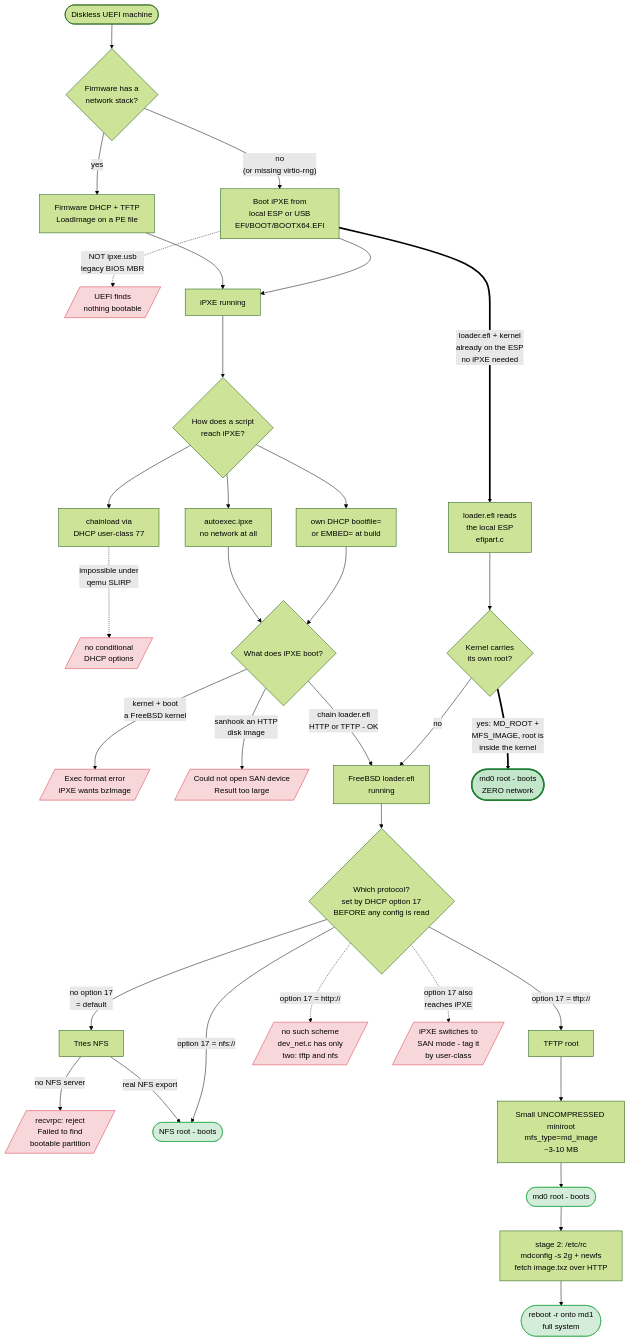
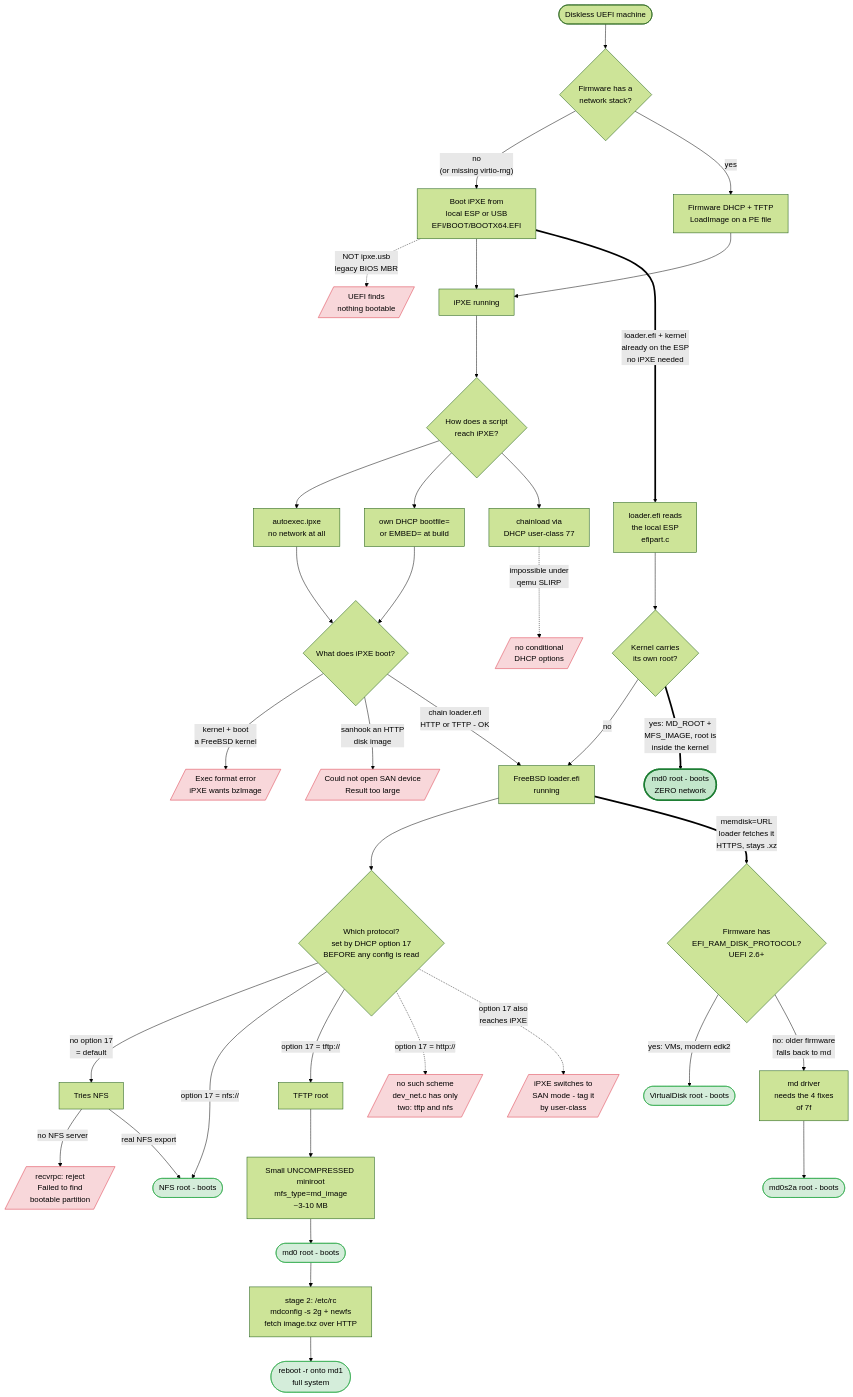
Before and after one commit to ocochard/myscripts: the fourth of 4 diagrams in FreeBSD/iPXE.md, drawn with Mermaid (forest theme). The commit also changed other lines of this file and 33 other files, not shown here.

````diff
--- a/FreeBSD/iPXE.md
+++ b/FreeBSD/iPXE.md
@@ -1910,58 +2402,65 @@
 ```mermaid
 flowchart TD
     START([Diskless UEFI machine]) --> Q1{Firmware has a<br/>network stack?}
 
     Q1 -- "no<br/>(or missing virtio-rng)" --> ESP[Boot iPXE from<br/>local ESP or USB<br/>EFI/BOOT/BOOTX64.EFI]
     Q1 -- yes --> FWNET[Firmware DHCP + TFTP<br/>LoadImage on a PE file]
 
     ESP -.->|"NOT ipxe.usb<br/>legacy BIOS MBR"| X0[/UEFI finds<br/>nothing bootable/]
     FWNET --> IPXE
     ESP --> IPXE[iPXE running]
 
     IPXE --> SCRIPT{How does a script<br/>reach iPXE?}
     SCRIPT --> S1["autoexec.ipxe<br/>no network at all"]
     SCRIPT --> S2["own DHCP bootfile=<br/>or EMBED= at build"]
     SCRIPT --> S3["chainload via<br/>DHCP user-class 77"]
     S3 -.->|"impossible under<br/>qemu SLIRP"| X1[/no conditional<br/>DHCP options/]
 
     S1 --> PAY{What does iPXE boot?}
     S2 --> PAY
 
     PAY -->|"kernel + boot<br/>a FreeBSD kernel"| X2[/Exec format error<br/>iPXE wants bzImage/]
     PAY -->|"sanhook an HTTP<br/>disk image"| X3[/Could not open SAN device<br/>Result too large/]
     PAY -->|"chain loader.efi<br/>HTTP or TFTP - OK"| LOADER[FreeBSD loader.efi<br/>running]
 
     ESP ==>|"loader.efi + kernel<br/>already on the ESP<br/>no iPXE needed"| LOCAL[loader.efi reads<br/>the local ESP<br/>efipart.c]
     LOCAL --> Q3{Kernel carries<br/>its own root?}
     Q3 -->|"no"| LOADER
     Q3 ==>|"yes: MD_ROOT +<br/>MFS_IMAGE, root is<br/>inside the kernel"| OK4([md0 root - boots<br/>ZERO network])
 
     LOADER --> Q2{"Which protocol?<br/>set by DHCP option 17<br/>BEFORE any config is read"}
 
     Q2 -->|"no option 17<br/>= default"| NFSDEF[Tries NFS]
     NFSDEF -->|"no NFS server"| X4[/recvrpc: reject<br/>Failed to find<br/>bootable partition/]
     NFSDEF -->|"real NFS export"| OK1([NFS root - boots])
 
     Q2 -->|"option 17 = nfs://"| OK1
     Q2 -->|"option 17 = tftp://"| TFTPR[TFTP root]
     Q2 -.->|"option 17 = http://"| X5[/no such scheme<br/>dev_net.c has only<br/>two: tftp and nfs/]
 
     TFTPR --> MINI["Small UNCOMPRESSED miniroot<br/>mfs_type=md_image<br/>~3-10 MB"]
     MINI --> OK2([md0 root - boots])
     OK2 --> STAGE2["stage 2: /etc/rc<br/>mdconfig -s 2g + newfs<br/>fetch image.txz over HTTP"]
     STAGE2 --> OK3([reboot -r onto md1<br/>full system])
 
     Q2 -.->|"option 17 also<br/>reaches iPXE"| X6[/iPXE switches to<br/>SAN mode - tag it<br/>by user-class/]
 
+    LOADER ==>|"memdisk=URL<br/>loader fetches it<br/>HTTPS, stays .xz"| MD{"Firmware has<br/>EFI_RAM_DISK_PROTOCOL?<br/>UEFI 2.6+"}
+    MD -->|"yes: VMs, modern edk2"| OK5([VirtualDisk root - boots])
+    MD -->|"no: older firmware<br/>falls back to md"| MDFB["md driver<br/>needs the 4 fixes<br/>of 7f"]
+    MDFB --> OK6([md0s2a root - boots])
+
     style OK1 fill:#d4edda,stroke:#28a745,color:#000
     style OK2 fill:#d4edda,stroke:#28a745,color:#000
     style OK3 fill:#d4edda,stroke:#28a745,color:#000
     style OK4 fill:#c3e6cb,stroke:#1e7e34,stroke-width:3px,color:#000
+    style OK5 fill:#d4edda,stroke:#28a745,color:#000
+    style OK6 fill:#d4edda,stroke:#28a745,color:#000
     style X0 fill:#f8d7da,stroke:#dc3545,color:#000
     style X1 fill:#f8d7da,stroke:#dc3545,color:#000
     style X2 fill:#f8d7da,stroke:#dc3545,color:#000
     style X3 fill:#f8d7da,stroke:#dc3545,color:#000
     style X4 fill:#f8d7da,stroke:#dc3545,color:#000
     style X5 fill:#f8d7da,stroke:#dc3545,color:#000
     style X6 fill:#f8d7da,stroke:#dc3545,color:#000
 ```
````
